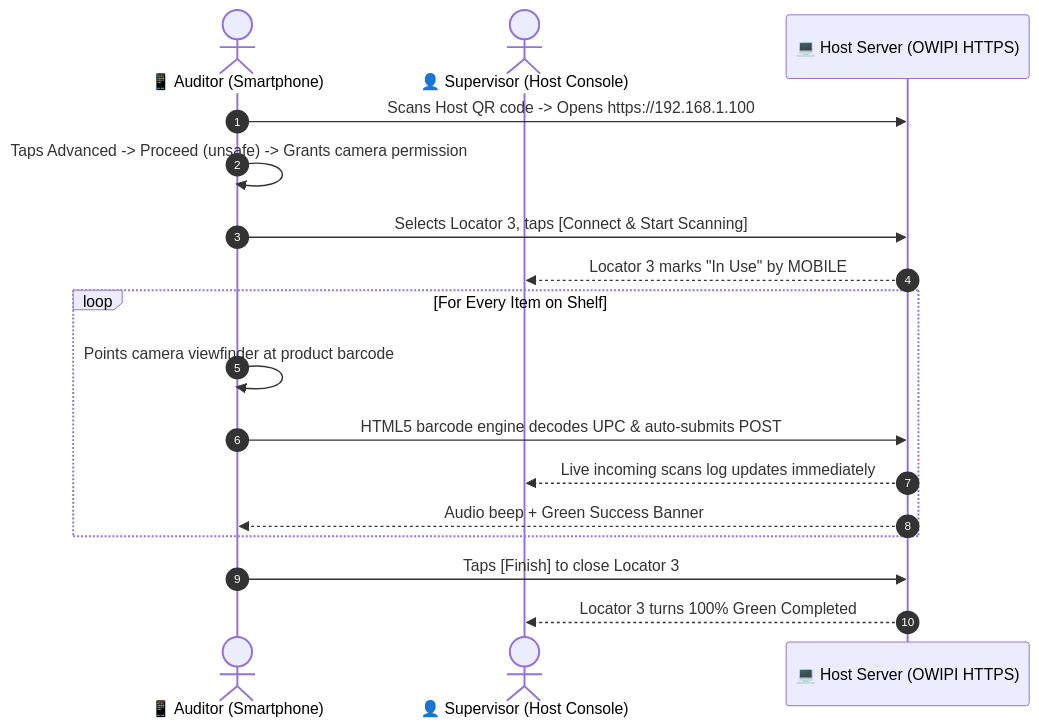
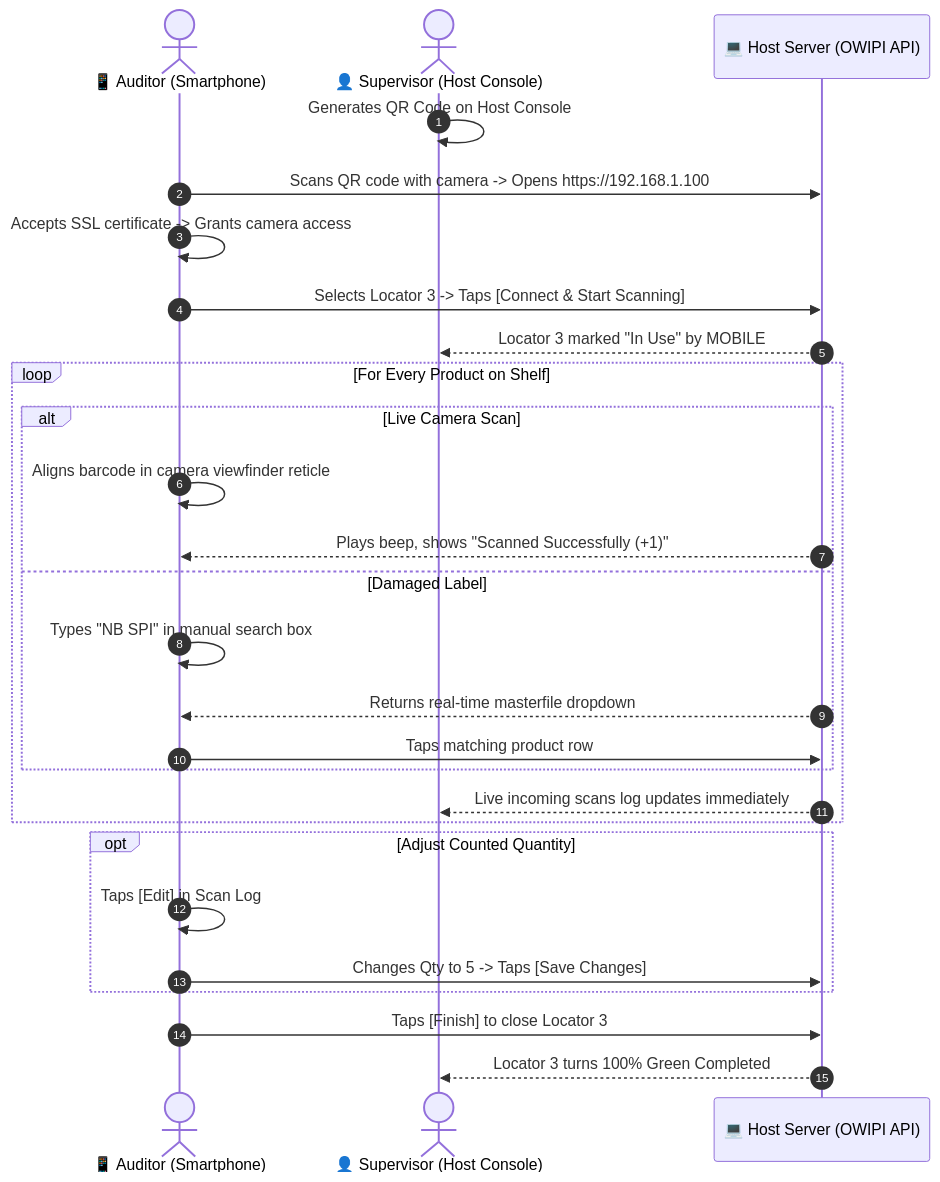
One commit to crisjer009/OWIPI changed the diagram in docs/MOBILE_PHONE_SCANNER_MANUAL.md. Above: the diagram before and after it, drawn with Mermaid. The commit also changed other lines of this file and 7 other files, not shown here.

Commit message:
Incorporate all 8 mobile scanner field screenshots into visual manual simulator and technical markdown guide

````diff
--- a/docs/MOBILE_PHONE_SCANNER_MANUAL.md
+++ b/docs/MOBILE_PHONE_SCANNER_MANUAL.md
@@ -109,20 +158,30 @@
 ```mermaid
 sequenceDiagram
     autonumber
-    actor Staff as 📱 Auditor (Smartphone)
+    actor Auditor as 📱 Auditor (Smartphone)
     actor Supervisor as 👤 Supervisor (Host Console)
-    participant Host as 💻 Host Server (OWIPI HTTPS)
+    participant Host as 💻 Host Server (OWIPI API)
 
-    Staff->>Host: Scans Host QR code -> Opens https://192.168.1.100
-    Staff->>Staff: Taps Advanced -> Proceed (unsafe) -> Grants camera permission
-    Staff->>Host: Selects Locator 3, taps [Connect & Start Scanning]
-    Host-->>Supervisor: Locator 3 marks "In Use" by MOBILE
-    loop For Every Item on Shelf
-        Staff->>Staff: Points camera viewfinder at product barcode
-        Staff->>Host: HTML5 barcode engine decodes UPC & auto-submits POST
+    Supervisor->>Supervisor: Generates QR Code on Host Console
+    Auditor->>Host: Scans QR code with camera -> Opens https://192.168.1.100
+    Auditor->>Auditor: Accepts SSL certificate -> Grants camera access
+    Auditor->>Host: Selects Locator 3 -> Taps [Connect & Start Scanning]
+    Host-->>Supervisor: Locator 3 marked "In Use" by MOBILE
+    loop For Every Product on Shelf
+        alt Live Camera Scan
+            Auditor->>Auditor: Aligns barcode in camera viewfinder reticle
+            Host-->>Auditor: Plays beep, shows "Scanned Successfully (+1)"
+        else Damaged Label
+            Auditor->>Auditor: Types "NB SPI" in manual search box
+            Host-->>Auditor: Returns real-time masterfile dropdown
+            Auditor->>Host: Taps matching product row
+        end
         Host-->>Supervisor: Live incoming scans log updates immediately
-        Host-->>Staff: Audio beep + Green Success Banner
     end
-    Staff->>Host: Taps [Finish] to close Locator 3
+    opt Adjust Counted Quantity
+        Auditor->>Auditor: Taps [Edit] in Scan Log
+        Auditor->>Host: Changes Qty to 5 -> Taps [Save Changes]
+    end
+    Auditor->>Host: Taps [Finish] to close Locator 3
     Host-->>Supervisor: Locator 3 turns 100% Green Completed
 ```
````
